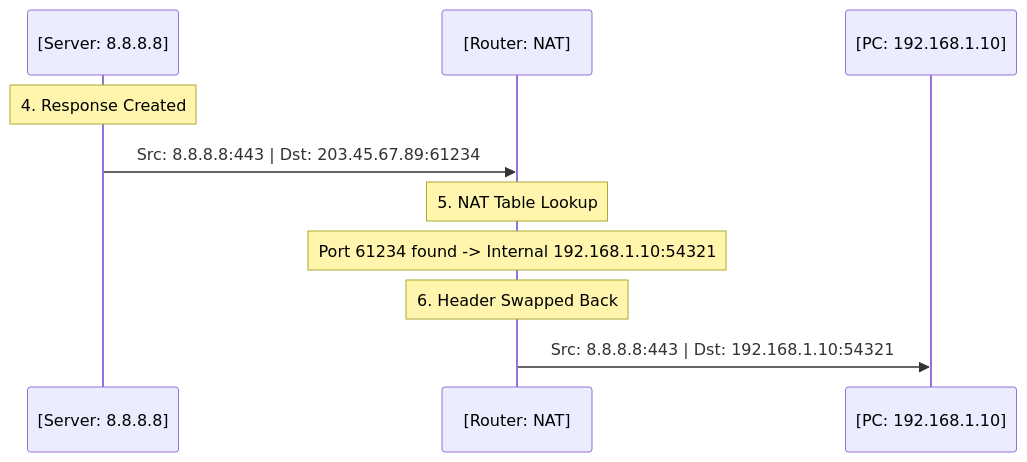
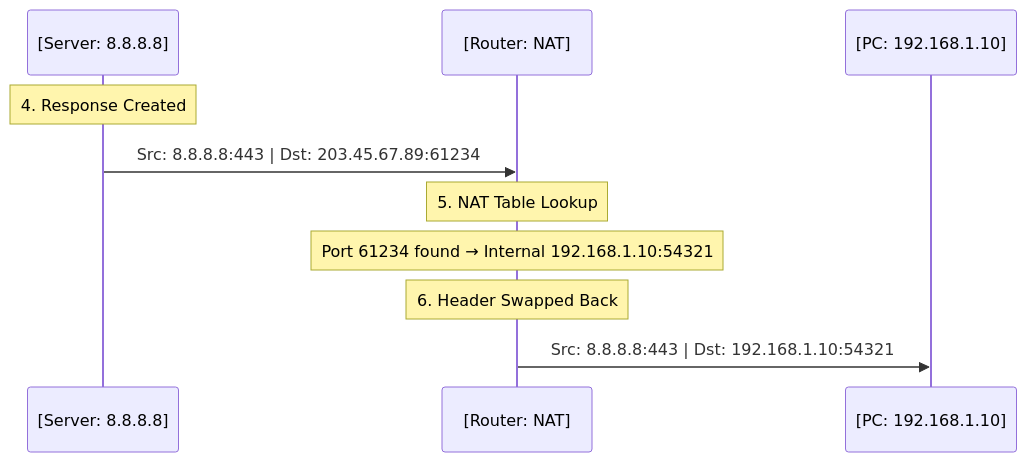
The second of 2 diagrams in blog_1.md (Shishir-grez/swarm-blog), drawn with Mermaid before and after one commit. The commit also changed other lines of this file and 1 other file, not shown here.

````diff
--- a/blog_1.md
+++ b/blog_1.md
@@ -317,15 +367,15 @@
 ```mermaid
 sequenceDiagram
     participant Web as [Server: 8.8.8.8]
     participant NAT as [Router: NAT]
     participant PC as [PC: 192.168.1.10]
 
     Note over Web: 4. Response Created
     Web->>NAT: Src: 8.8.8.8:443 | Dst: 203.45.67.89:61234
     
     Note over NAT: 5. NAT Table Lookup
-    Note over NAT: Port 61234 found -> Internal 192.168.1.10:54321
+    Note over NAT: Port 61234 found → Internal 192.168.1.10:54321
     
     Note over NAT: 6. Header Swapped Back
     NAT->>PC: Src: 8.8.8.8:443 | Dst: 192.168.1.10:54321
 ```
````
